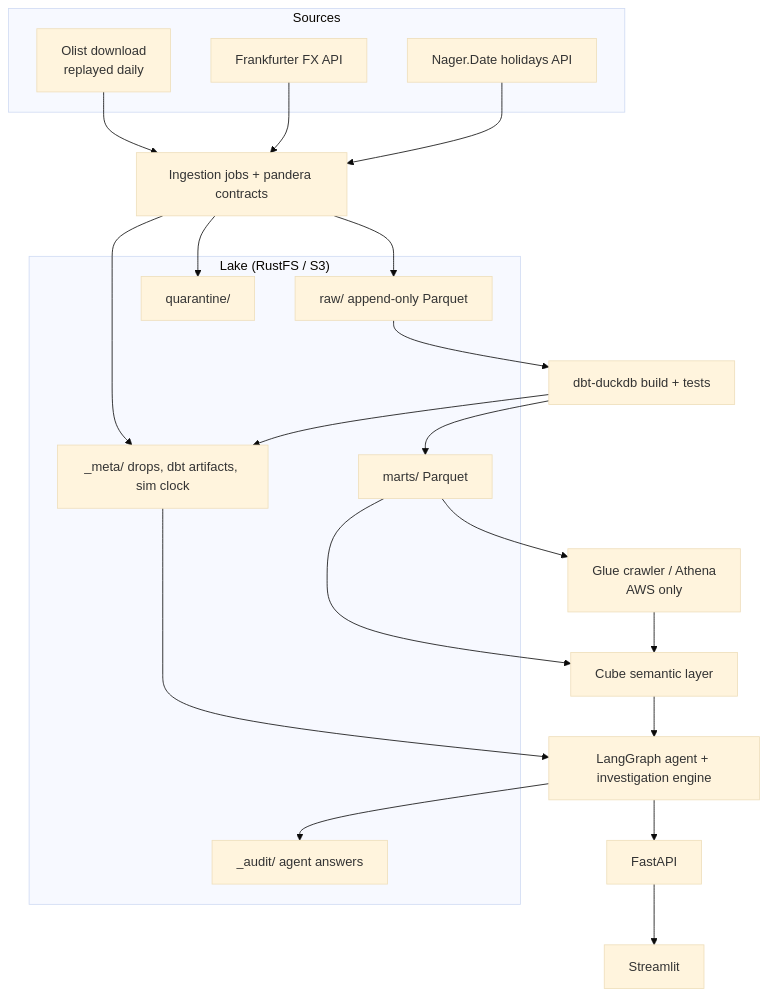
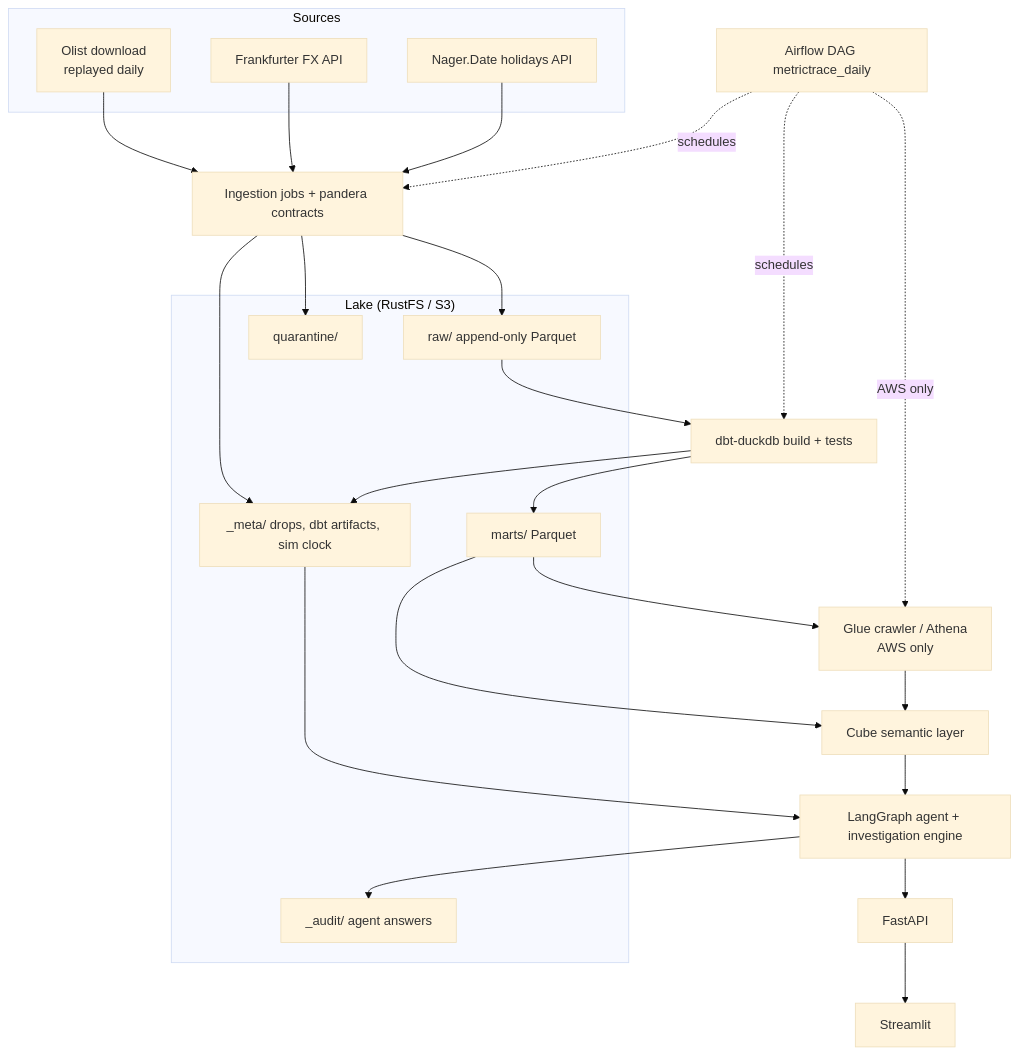
Before and after one commit to debolai/metrictrace: the diagram in MetricTrace — Build Specification v2.md, drawn with Mermaid (base theme). The commit also changed other lines of this file and 1 other file, not shown here.

First line of the commit message:
docs: Airflow orchestrates the pipeline (decision 0005)

````diff
--- a/MetricTrace — Build Specification v2.md
+++ b/MetricTrace — Build Specification v2.md
@@ -45,30 +45,33 @@
 ```mermaid
 flowchart TB
   subgraph Sources
     O[Olist download<br/>replayed daily]
     FX[Frankfurter FX API]
     H[Nager.Date holidays API]
   end
   subgraph Lake["Lake (RustFS / S3)"]
     RAW[raw/ append-only Parquet]
     Q[quarantine/]
     META[_meta/ drops, dbt artifacts, sim clock]
     MARTS[marts/ Parquet]
     AUD[_audit/ agent answers]
   end
   O & FX & H --> ING[Ingestion jobs + pandera contracts]
   ING --> RAW
   ING --> Q
   ING --> META
   RAW --> DBT[dbt-duckdb build + tests]
   DBT --> MARTS
   DBT --> META
   MARTS --> GLUE[Glue crawler / Athena<br/>AWS only]
   MARTS --> CUBE[Cube semantic layer]
   GLUE --> CUBE
   CUBE --> AGENT[LangGraph agent + investigation engine]
   META --> AGENT
   AGENT --> AUD
   AGENT --> API[FastAPI]
   API --> UI[Streamlit]
+  AF[Airflow DAG metrictrace_daily] -.->|schedules| ING
+  AF -.->|schedules| DBT
+  AF -.->|AWS only| GLUE
 ```
````
